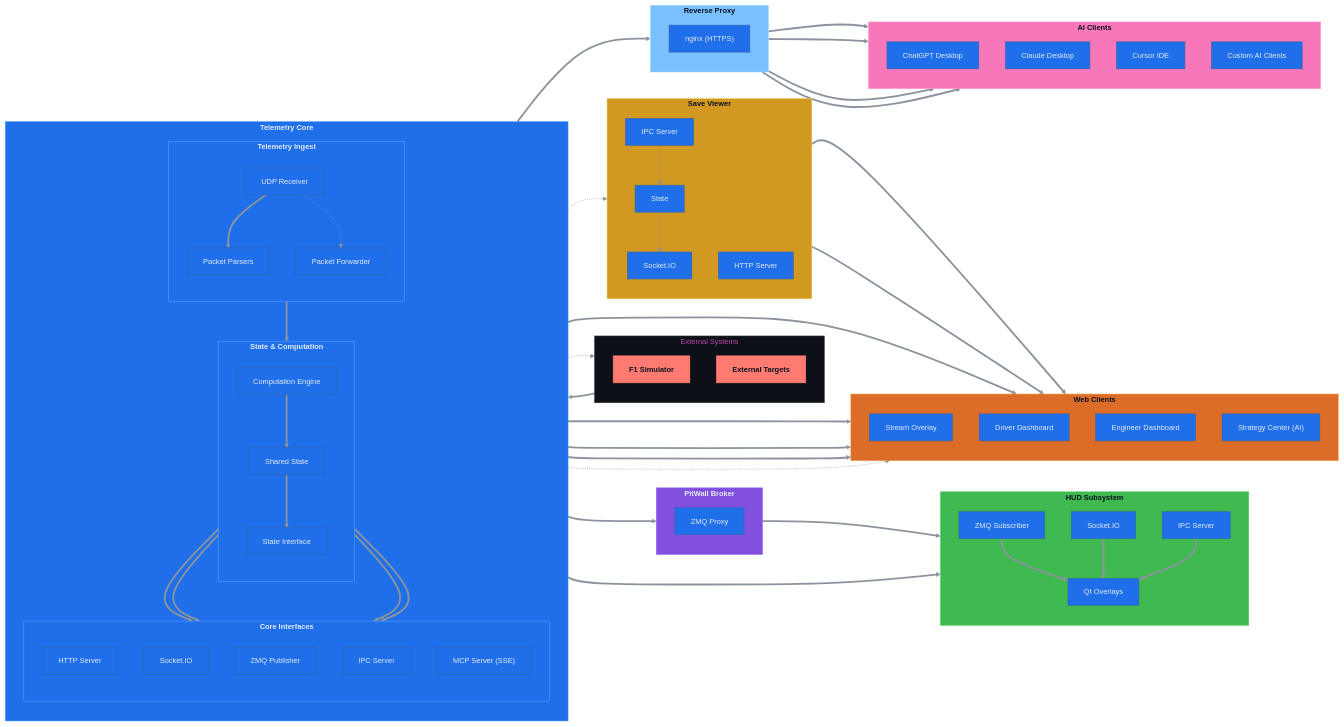
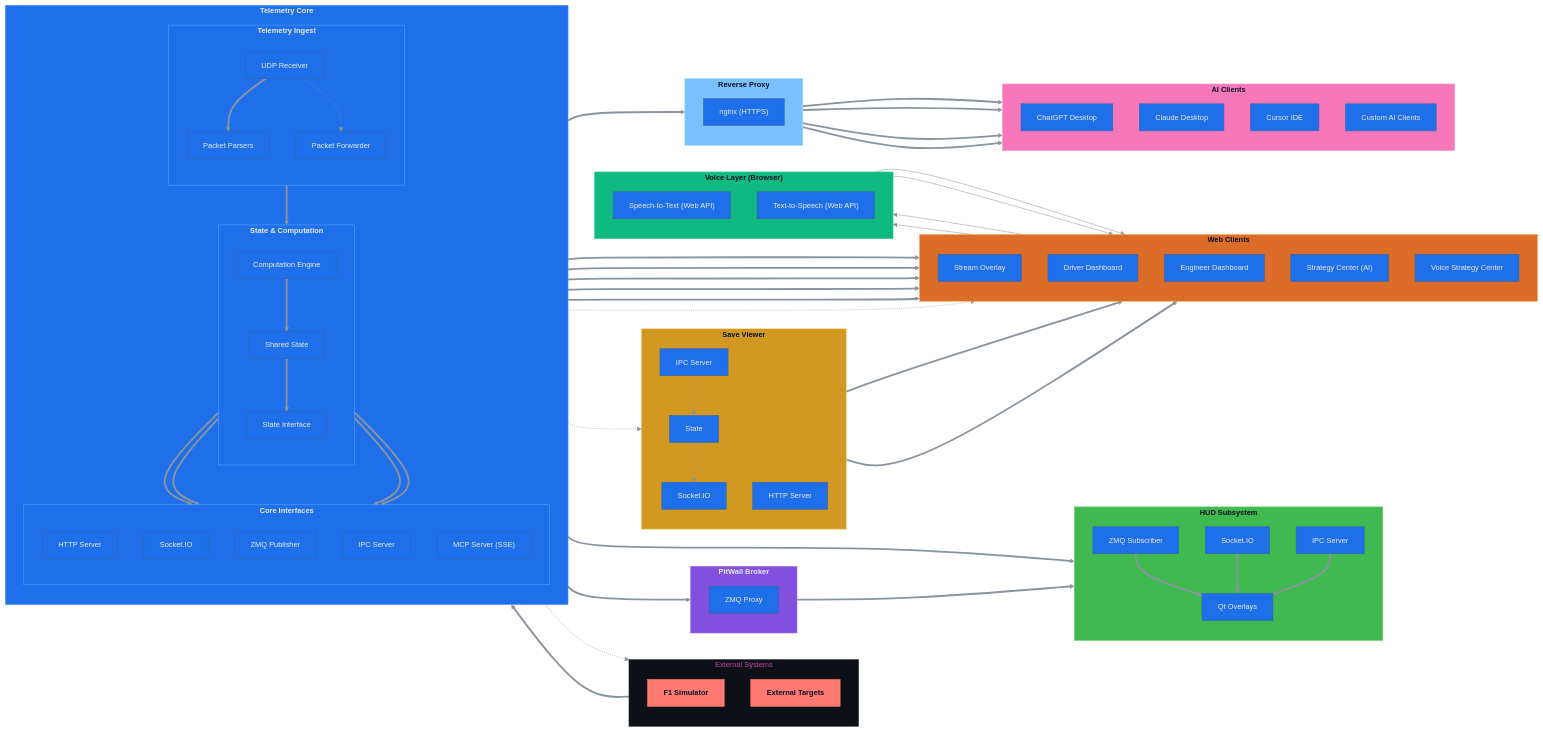
The diagram in docs/arch.mmd (kmransom56/pitsngiggles-mcp-integration), drawn with Mermaid before and after one commit. The commit also changed 4 other files, not shown here.

```diff
--- a/docs/arch.mmd
+++ b/docs/arch.mmd
@@ -96,6 +96,16 @@
   DRV_VIEW[" Driver Dashboard"]
   ENG_VIEW[" Engineer Dashboard"]
   STRATEGY_CENTER[" Strategy Center (AI)"]
+  VOICE_STRATEGY[" Voice Strategy Center"]
+end
+
+%% ===========================================================================
+%% Voice Layer
+%% ===========================================================================
+subgraph VOICE[" Voice Layer (Browser)"]
+  direction TB
+  STT["Speech-to-Text (Web API)"]
+  TTS["Text-to-Speech (Web API)"]
 end
 
 %% ===========================================================================
@@ -145,6 +155,15 @@
 SOCKETIO ==> DRV_VIEW
 SOCKETIO ==> ENG_VIEW
 SOCKETIO ==> STRATEGY_CENTER
+SOCKETIO ==> VOICE_STRATEGY
+
+%% ===========================================================================
+%% Voice Layer Integration
+%% ===========================================================================
+VOICE_STRATEGY --> STT
+STT --> VOICE_STRATEGY
+VOICE_STRATEGY --> TTS
+TTS --> VOICE_STRATEGY
 
 %% ===========================================================================
 %% MCP AI Distribution
@@ -175,6 +194,7 @@
 classDef ui fill:#db6d28,stroke:#ffa657,color:#0b1020,font-weight:bold
 classDef ai fill:#f778ba,stroke:#ff9dd9,color:#0b1020,font-weight:bold
 classDef proxy fill:#79c0ff,stroke:#a5d6ff,color:#0b1020,font-weight:bold
+classDef voice fill:#10b981,stroke:#34d399,color:#0b1020,font-weight:bold
 
 class F1_SIM,EXT_TGT external
 class CORE,TELEMETRY,STATE,INTF core
@@ -184,3 +204,4 @@
 class UI ui
 class AI ai
 class PROXY proxy
+class VOICE voice
```
